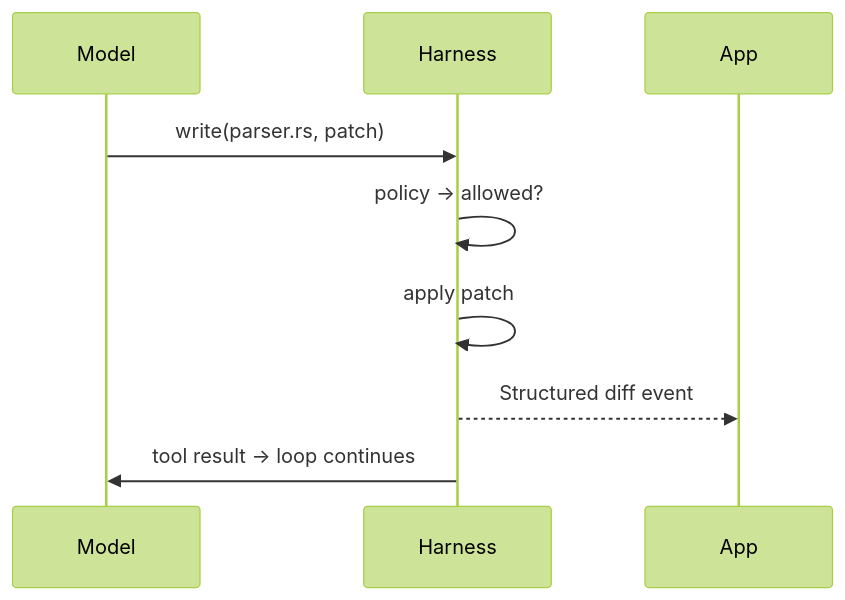
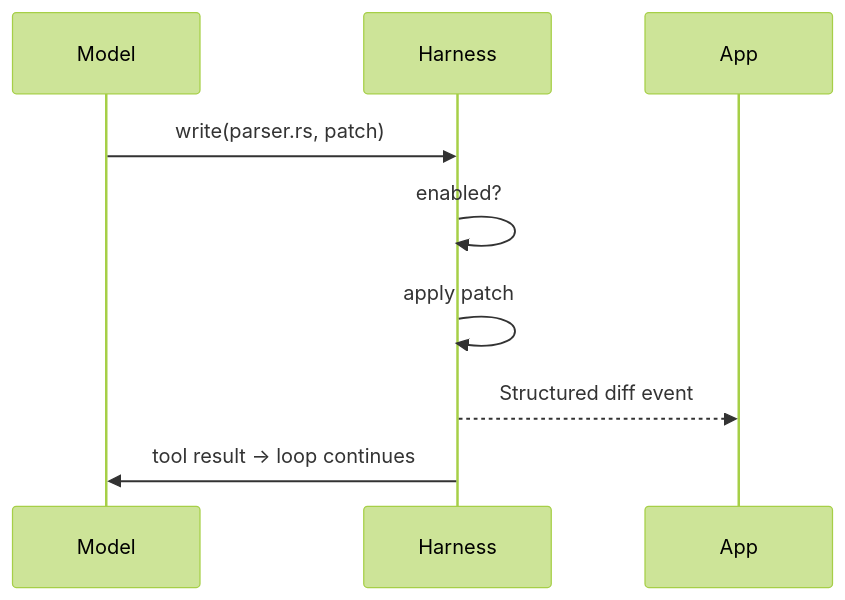
One commit to agentty-xyz/agentty changed the fourth of 4 diagrams in docs/site/content/docs/architecture/ag-harness-design.md. Above: the diagram before and after it, drawn with Mermaid (forest theme). The commit also changed other lines of this file and 11 other files, not shown here.

````diff
--- a/docs/site/content/docs/architecture/ag-harness-design.md
+++ b/docs/site/content/docs/architecture/ag-harness-design.md
@@ -164,11 +181,11 @@
 ```mermaid
 sequenceDiagram
     participant M as Model
     participant H as Harness
     participant App
     M->>H: write(parser.rs, patch)
-    H->>H: policy → allowed?
+    H->>H: enabled?
     H->>H: apply patch
     H-->>App: Structured diff event
     H->>M: tool result → loop continues
 ```
````
